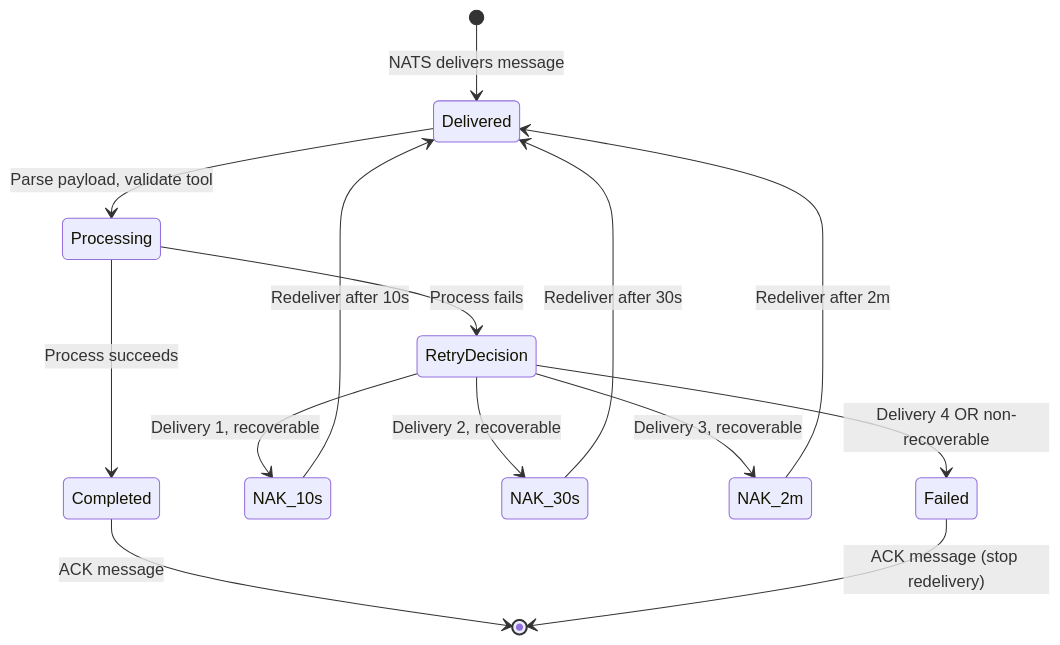
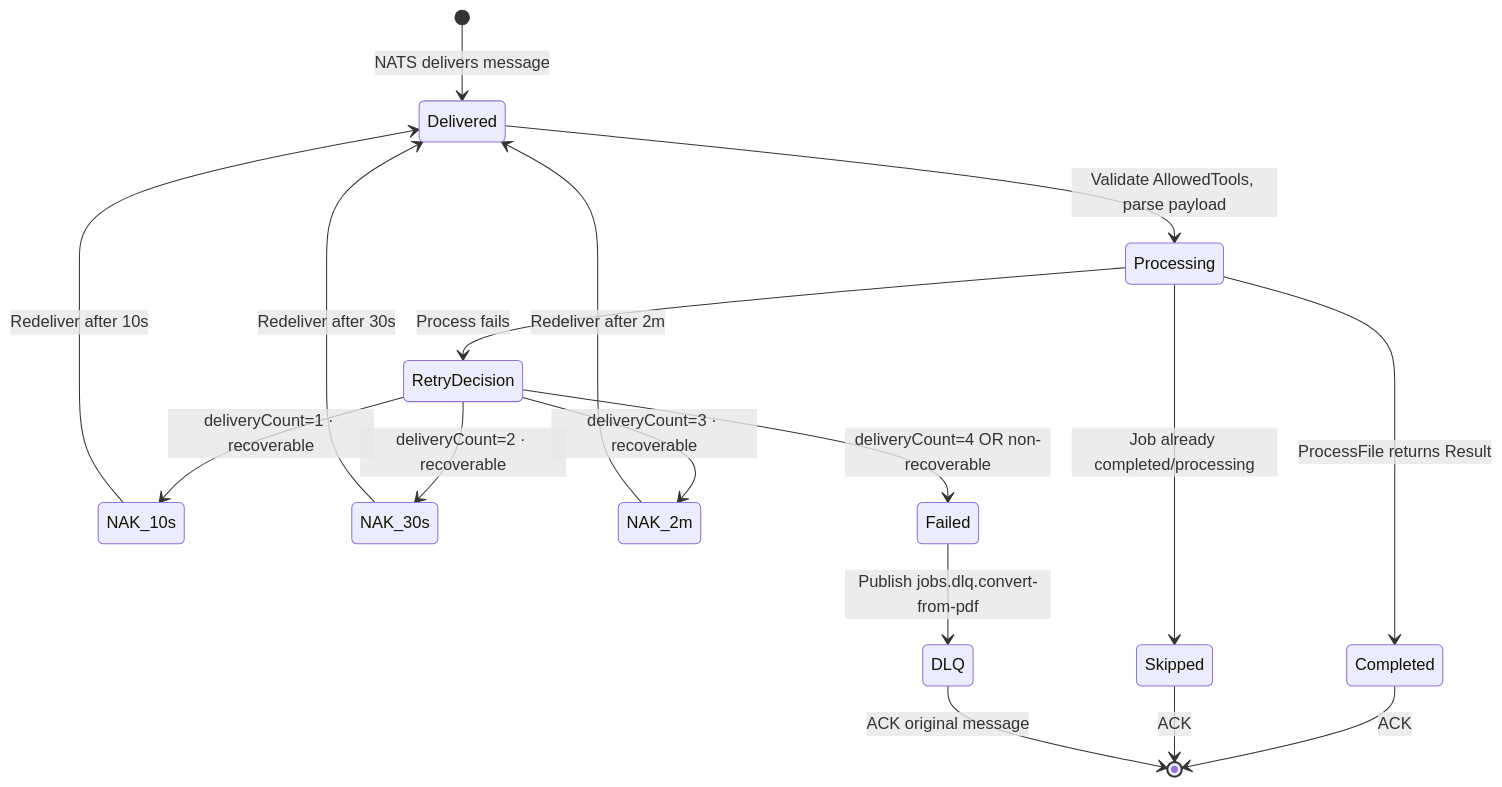
Before and after one commit to Prachidubey2003/fyredocs_backend: the third of 6 diagrams in docs/developer/mermaid/service-convert-from-pdf-architecture.md, drawn with Mermaid. The commit also changed other lines of this file and 39 other files, not shown here.

Commit message:
Refactor PDF services to use NATS JetStream for job dispatch and event publishing; enhance documentation for OPTIMIZE_PDF and ORGANIZE_PDF services; remove deprecated UPLOAD_SERVICE documentation; update OpenAPI spec for improved clarity and accuracy.

````diff
--- a/docs/developer/mermaid/service-convert-from-pdf-architecture.md
+++ b/docs/developer/mermaid/service-convert-from-pdf-architecture.md
@@ -94,19 +102,22 @@
 ```mermaid
 stateDiagram-v2
     [*] --> Delivered: NATS delivers message
-    Delivered --> Processing: Parse payload, validate tool
-    Processing --> Completed: Process succeeds
+    Delivered --> Processing: Validate AllowedTools, parse payload
+    Processing --> Completed: ProcessFile returns Result
     Processing --> RetryDecision: Process fails
+    Processing --> Skipped: Job already completed/processing
 
-    RetryDecision --> NAK_10s: Delivery 1, recoverable
-    RetryDecision --> NAK_30s: Delivery 2, recoverable
-    RetryDecision --> NAK_2m: Delivery 3, recoverable
-    RetryDecision --> Failed: Delivery 4 OR non-recoverable
+    RetryDecision --> NAK_10s: deliveryCount=1 · recoverable
+    RetryDecision --> NAK_30s: deliveryCount=2 · recoverable
+    RetryDecision --> NAK_2m:  deliveryCount=3 · recoverable
+    RetryDecision --> Failed:  deliveryCount=4 OR non-recoverable
 
     NAK_10s --> Delivered: Redeliver after 10s
     NAK_30s --> Delivered: Redeliver after 30s
-    NAK_2m --> Delivered: Redeliver after 2m
+    NAK_2m  --> Delivered: Redeliver after 2m
 
-    Completed --> [*]: ACK message
-    Failed --> [*]: ACK message (stop redelivery)
+    Completed --> [*]: ACK
+    Skipped   --> [*]: ACK
+    Failed    --> DLQ: Publish jobs.dlq.convert-from-pdf
+    DLQ --> [*]: ACK original message
 ```
````
